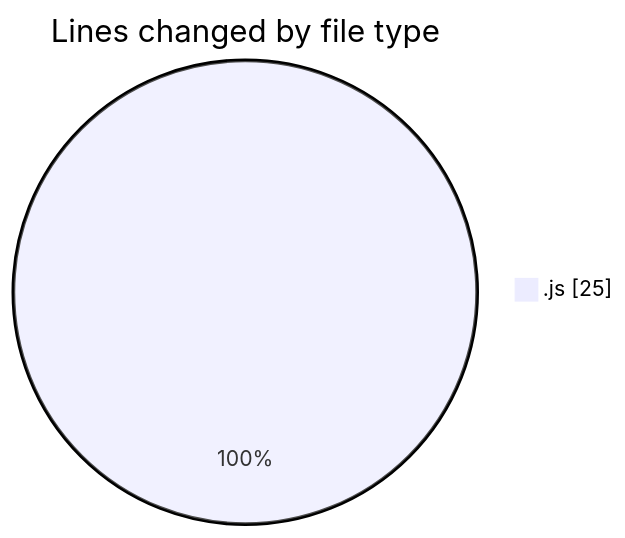
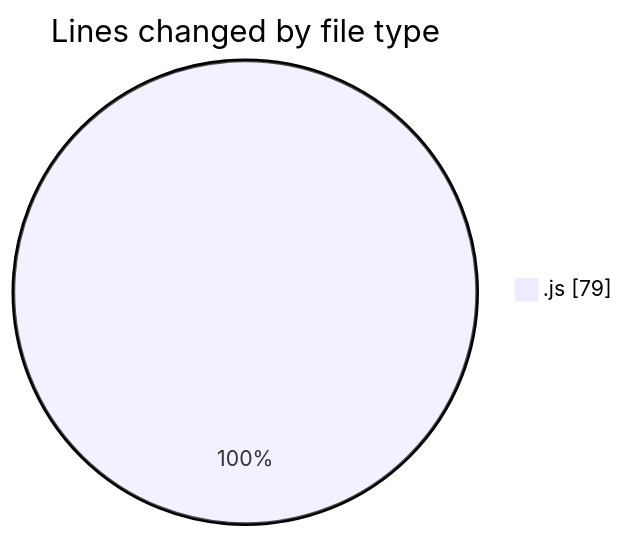
One commit to momahboobian/code-tracking changed the first of 2 diagrams in 2026-08-21/cda/README.md. Above: the diagram before and after it, drawn with Mermaid. The commit also changed other lines of this file and 1 other file, not shown here.

````diff
--- a/2026-08-21/cda/README.md
+++ b/2026-08-21/cda/README.md
@@ -20,5 +22,5 @@
 ```mermaid
 pie showData
 title Lines changed by file type
-".js" : 25
+".js" : 79
 ```
````
